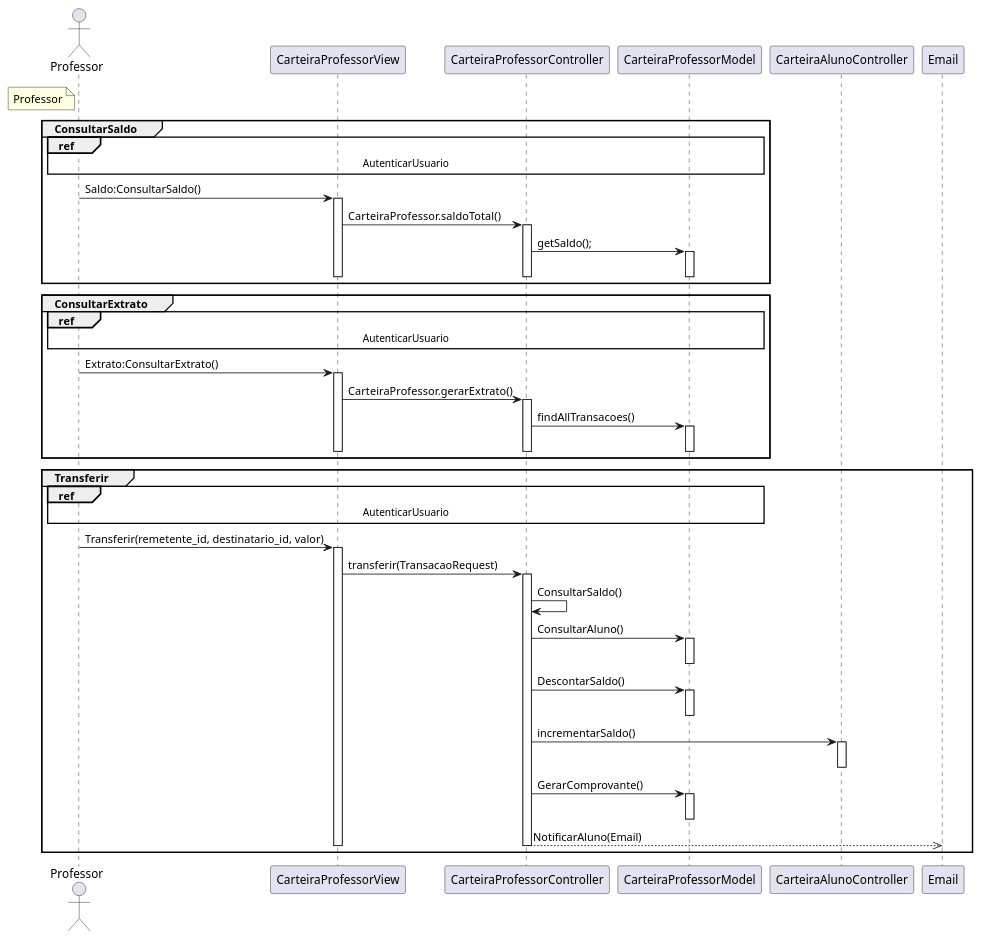
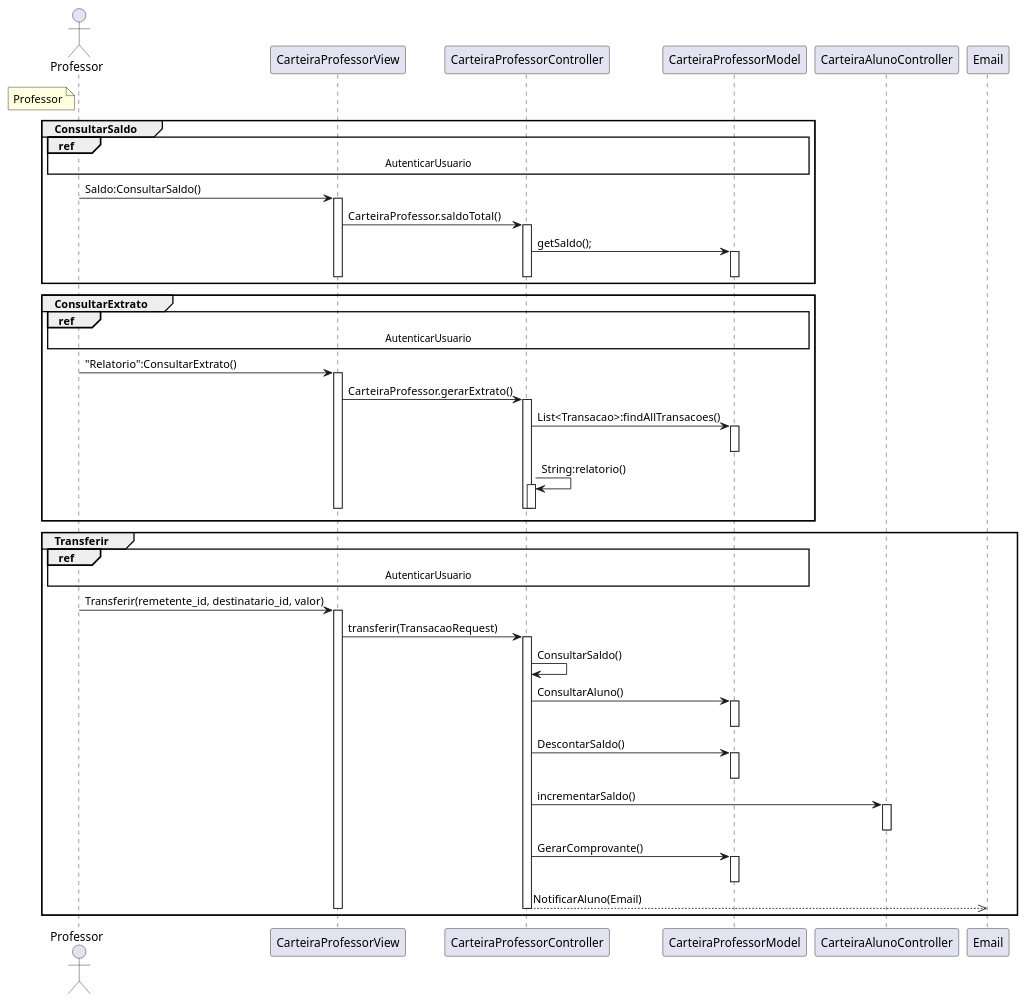
The diagram in laboratorio-4/sprint-2/projeto/plantuml/sequencia/Professor.plantuml (G4BR-13-L/lab-desenvolvimento-de-software), drawn with PlantUML before and after one commit. The commit also changed 1 other file, not shown here.

Commit message:
Geração de relatorios em stringo do extrato de aluno e professor nos diagramas de sequencia

```diff
--- a/laboratorio-4/sprint-2/projeto/plantuml/sequencia/Professor.plantuml
+++ b/laboratorio-4/sprint-2/projeto/plantuml/sequencia/Professor.plantuml
@@ -1,66 +1,69 @@
 @startuml Professor
 
 actor "Professor" as Professor
 note left of Professor #LightYellow
     Professor
 end note
 
 participant "CarteiraProfessorView" as CarteiraProfessorView
 participant "CarteiraProfessorController" as CarteiraProfessorController
 participant "CarteiraProfessorModel" as CarteiraProfessorModel
 
 group ConsultarSaldo
     ref over Professor,CarteiraProfessorView, CarteiraProfessorController, CarteiraProfessorModel : AutenticarUsuario
     Professor -> CarteiraProfessorView : Saldo:ConsultarSaldo()
     activate CarteiraProfessorView
     CarteiraProfessorView -> CarteiraProfessorController : CarteiraProfessor.saldoTotal()
     activate CarteiraProfessorController
     CarteiraProfessorController -> CarteiraProfessorModel : getSaldo();
     activate CarteiraProfessorModel
     deactivate CarteiraProfessorModel
     deactivate CarteiraProfessorController
     deactivate CarteiraProfessorView
 end
 
 group ConsultarExtrato
     ref over Professor,CarteiraProfessorView, CarteiraProfessorController, CarteiraProfessorModel : AutenticarUsuario
-    Professor -> CarteiraProfessorView : Extrato:ConsultarExtrato()
+    Professor -> CarteiraProfessorView : "Relatorio":ConsultarExtrato()
     activate CarteiraProfessorView
     CarteiraProfessorView -> CarteiraProfessorController : CarteiraProfessor.gerarExtrato()
     activate CarteiraProfessorController
-    CarteiraProfessorController -> CarteiraProfessorModel : findAllTransacoes()
+    CarteiraProfessorController -> CarteiraProfessorModel : List<Transacao>:findAllTransacoes()
     activate CarteiraProfessorModel
     deactivate CarteiraProfessorModel
+    CarteiraProfessorController -> CarteiraProfessorController : String:relatorio()
+    activate CarteiraProfessorController
+    deactivate CarteiraProfessorController
     deactivate CarteiraProfessorController
     deactivate CarteiraProfessorView
 end
 
 group Transferir
     ref over Professor,CarteiraProfessorView, CarteiraProfessorController, CarteiraProfessorModel : AutenticarUsuario
     Professor -> CarteiraProfessorView :  Transferir(remetente_id, destinatario_id, valor)
     activate CarteiraProfessorView
     CarteiraProfessorView -> CarteiraProfessorController : transferir(TransacaoRequest)
     activate CarteiraProfessorController
     CarteiraProfessorController -> CarteiraProfessorController : ConsultarSaldo()
     CarteiraProfessorController -> CarteiraProfessorModel : ConsultarAluno()
     activate CarteiraProfessorModel
     deactivate  CarteiraProfessorModel
     CarteiraProfessorController -> CarteiraProfessorModel : DescontarSaldo()
     activate CarteiraProfessorModel
     deactivate CarteiraProfessorModel
     CarteiraProfessorController -> CarteiraAlunoController: incrementarSaldo()
     activate CarteiraAlunoController
     deactivate CarteiraAlunoController
     CarteiraProfessorController -> CarteiraProfessorModel : GerarComprovante()
     activate CarteiraProfessorModel
     deactivate CarteiraProfessorModel
     CarteiraProfessorController -->> Email : NotificarAluno(Email)
     deactivate CarteiraProfessorController
     deactivate CarteiraProfessorView
 end
 ' --> Sincrono
 ' -->> Assincrono
 ' <-- Retorno Sincrono
 ' <<-- Retorno Assíncrono
 
 @enduml
```
